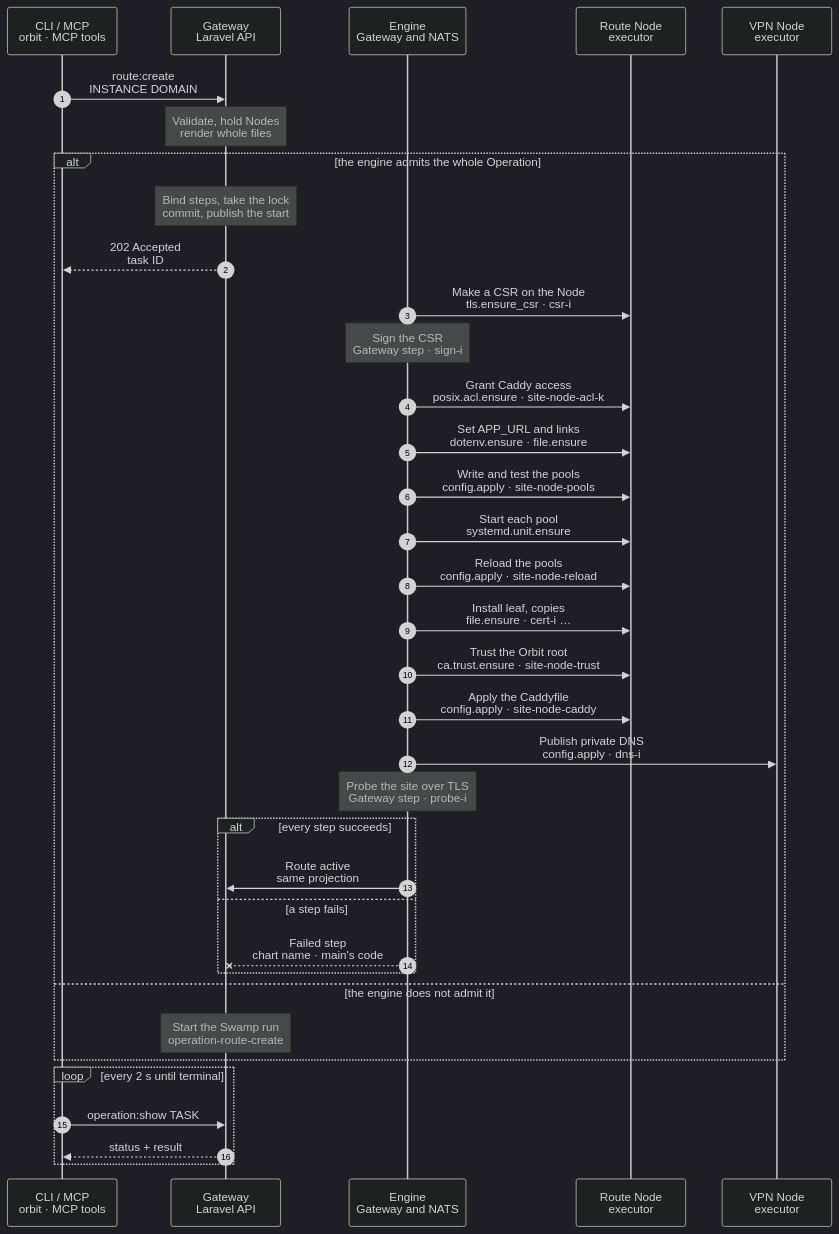
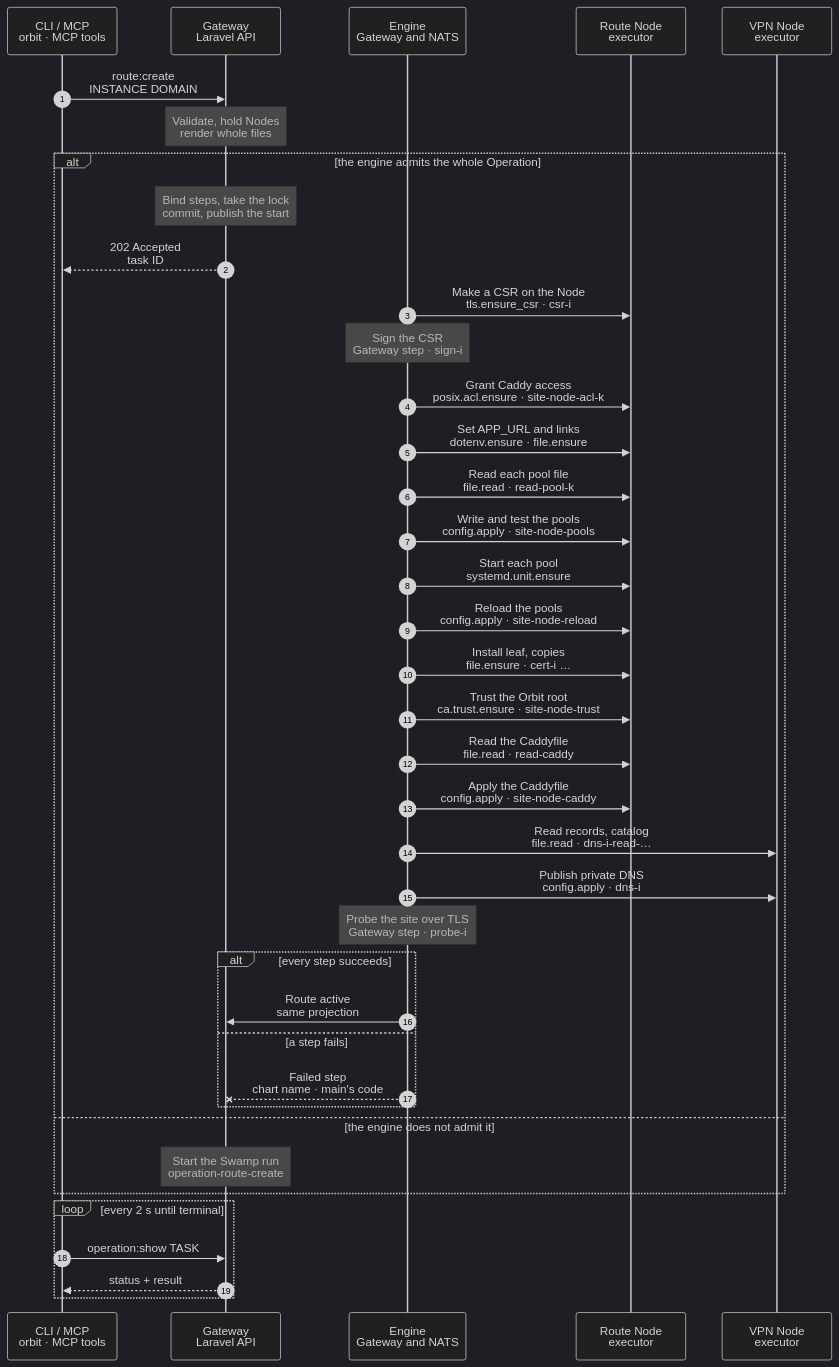
Before and after one commit to hardimpactdev/orbit: the diagram in docs/cli/route/engine/create.mmd, drawn with Mermaid (dark theme). The commit also changed 6 other files, not shown here.

First line of the commit message:
ORB-6352: read each replaced file before its config.apply and send the recorded digest

```diff
--- a/docs/cli/route/engine/create.mmd
+++ b/docs/cli/route/engine/create.mmd
@@ -1,66 +1,71 @@
 sequenceDiagram
   %% route.create on the Gateway engine: the steps of route/create.mmd (workflow operation-route-create) as host catalogue primitives composed in the Gateway (RouteEngineFlow, RouteHostSteps). ADR 0271, Routes rewrite PR B (ORB-6352).
   %% Pending: Caddy's recursive access needs a tree scope for posix.acl.ensure (Nick's decision); a Route with access rows runs on Swamp until it exists.
   %% status: draft
   %% command: route:create
   %% kind: route.create
   autonumber
   %% lane CLI icon=terminal pill=caller tone=gray
   %% lane GW icon=gateway pill=intent tone=blue
   %% lane EN icon=workflow pill=engine tone=purple
   %% lane N icon=server pill=executor tone=amber
   %% lane V icon=server pill=executor tone=green
   participant CLI as CLI / MCP<br/>orbit · MCP tools
   participant GW as Gateway<br/>Laravel API
   participant EN as Engine<br/>Gateway and NATS
   participant N as Route Node<br/>executor
   participant V as VPN Node<br/>executor
   CLI->>GW: route:create<br/>INSTANCE DOMAIN
   Note over GW: Validate, hold Nodes<br/>render whole files
   %%> Same guards, holds and admitted plan as route/create.mmd (`route_create`, NativeRouteCreatePlan)
-  %%> The plan also carries each Node's account group and home (`accounts`) and the digest of each file the create replaces, rendered from the sites at admission (`guards`: Caddyfile, shared pools, records and catalog, raw bytes); a waiting create renders them again with its Caddyfiles
+  %%> The plan also carries each Node's account group and home (`accounts`); pools are rendered with the group's name, as Swamp writes them
   alt the engine admits the whole Operation
     %%> Admission, one decision per Operation (EngineKinds::routes):
     %%> - `route.create` is in `ORBIT_ENGINE_KINDS`, and every Node a step touches reports each step's primitive in `$KV.NODES` (the `host` family from agent 0.36.0), with `tls.csr_input` on the leaf Node; every build with the host family has file.ensure `source_path`, so the key copy needs no feature
     %%> - the flow accepts the plan shape; an Ingress edge, a LAN rule, a production `.env`, awake markers, Caddy access rows, or a pool outside the two pool kinds throws `EngineUnsupported`
     %%> - the kind's own admission (RouteEngineFlow::admit) also refuses a Route with Caddy access rows, and a Node with work that lacks one host primitive, or a leaf Node that lacks `tls.csr_input`
     Note over GW: Bind steps, take the lock<br/>commit, publish the start
     GW-->>CLI: 202 Accepted<br/>task ID
     EN->>N: Make a CSR on the Node<br/>tls.ensure_csr · csr-i
     %%> The Gateway sends the folder, its root:caddy owner, modes 0750 and 0640, and the subject; the key never leaves the Node
     Note over EN: Sign the CSR<br/>Gateway step · sign-i
     %%> As `operation:direct:certificate-sign`; a pending cancel refuses
     EN->>N: Grant Caddy access<br/>posix.acl.ensure · site-node-acl-k
     %%> Pending Nick's decision on a tree scope (RouteHostSteps::access): each admitted row is recursive over a checkout or its served roots, and posix.acl.ensure acts on one path
     EN->>N: Set APP_URL and links<br/>dotenv.ensure · file.ensure
     %%> `site-node-url-k`: the last `APP_URL=` line of an existing `.env` that the account owns, replaced or appended; `site-node-link-k`: a release link owned by its account
+    EN->>N: Read each pool file<br/>file.read · read-pool-k
+    %%> One path, read only: absent, or present with its type, owner, mode and, for a regular file, its SHA-256; never its content. The step records the answer
     EN->>N: Write and test the pools<br/>config.apply · site-node-pools
-    %%> Under `/etc/caddy/.orbit-publish.lock`: each pool rendered whole with the account's group and home, root:root 0644, from its rendered-from digest; `php-fpm` validators from the fixed list; a failed test restores the files
+    %%> Under `/etc/caddy/.orbit-publish.lock`: each pool rendered whole with the account's group and home, root:root 0644, with the digest its read recorded as `from_sha256` (none when absent); `php-fpm` validators from the fixed list; a failed test restores the files
     EN->>N: Start each pool<br/>systemd.unit.ensure
     EN->>N: Reload the pools<br/>config.apply · site-node-reload
     %%> The same files and validators, then each pool unit reloads on every run, as route.publish_site did
     EN->>N: Install leaf, copies<br/>file.ensure · cert-i …
     %%> `cert-i`: the signed leaf, root:caddy 0644; `current-i`: the version link; `folder-i`: the account copy's folder, root 0755 as `install -D` made it; `key-i`: the key copied on the Node (`source_path`), account 0600; `copy-i`: the leaf, account 0600; `copylink-i`: the account's version link
     EN->>N: Trust the Orbit root<br/>ca.trust.ensure · site-node-trust
     %%> `orbit-managed-root-ca.crt`, root:root 0644; the plain `update-ca-certificates` runs after a change
+    EN->>N: Read the Caddyfile<br/>file.read · read-caddy
     EN->>N: Apply the Caddyfile<br/>config.apply · site-node-caddy
-    %%> Under `/etc/caddy/.orbit-publish.lock`: the whole Caddyfile, root:caddy 0640, from its rendered-from digest; validated as `caddy`; Caddy reloads on every run; a failed validation or reload restores the file
+    %%> Under `/etc/caddy/.orbit-publish.lock`: the whole Caddyfile, root:caddy 0640, with the digest its read recorded; validated as `caddy`; Caddy reloads on every run; a failed validation or reload restores the file
+    EN->>V: Read records, catalog<br/>file.read · dns-i-read-…
     EN->>V: Publish private DNS<br/>config.apply · dns-i
-    %%> Beside the sites, after the signatures. Under `/run/lock/orbit-dnsmasq.lock`: records and catalog, root:root 0644, each from its rendered-from digest; the `dnsmasq` validator over `/etc/dnsmasq.conf` and `/etc/dnsmasq.d`; dnsmasq and the private DNS listener restart on every run
+    %%> Beside the sites, after the signatures. Under `/run/lock/orbit-dnsmasq.lock`: records and catalog, root:root 0644, each with the digest its read recorded; the `dnsmasq` validator over `/etc/dnsmasq.conf` and `/etc/dnsmasq.d`; dnsmasq and the private DNS listener restart on every run
     Note over EN: Probe the site over TLS<br/>Gateway step · probe-i
     %%> After each Node's last site step: a TLS handshake by WireGuard address, trusting only the Orbit root
-    %%> Every config.apply input comes from the admitted plan alone, so a resend carries the same bytes, the order's identity; its `recovery_dir` is `/var/lib/orbit/executor/config-recovery` on every Node
+    %%> Every config.apply input comes from the admitted plan and the recorded reads, so a resend carries the same bytes, the order's identity; its `recovery_dir` is `/var/lib/orbit/executor/config-recovery` on every Node
+    %%> The writes overwrite whatever the Node held at the read, as main's route.create did: a pool with a numeric gid or a catalog in another key order is replaced; the guard refuses `owned_revision_conflict` only when a file changed between its read and its write, under the Node publication hold and the lock
     alt every step succeeds
       EN->>GW: Route active<br/>same projection
     else a step fails
       EN--xGW: Failed step<br/>chart name · main's code
       %%> A Node's site steps record `Install cert, publish site-<node>` with `route.input_invalid`, `route.content_missing` or `route.publish_failed`; `dns-i` records `Publish private DNS-i` with its `dns.*` code; a guard refusal is `owned_revision_conflict`
     end
   else the engine does not admit it
     Note over GW: Start the Swamp run<br/>operation-route-create
     %%> No step runs on the engine; an Operation never splits across engines
   end
   loop every 2 s until terminal
     CLI->>GW: operation:show TASK
     GW-->>CLI: status + result
   end
```
